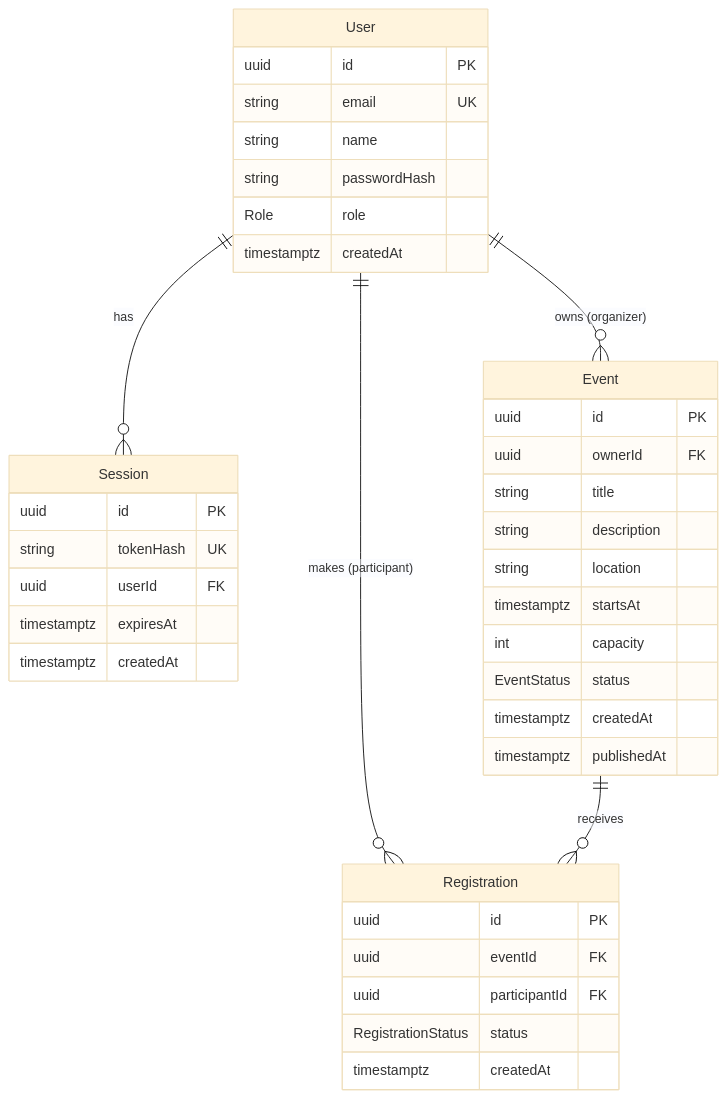
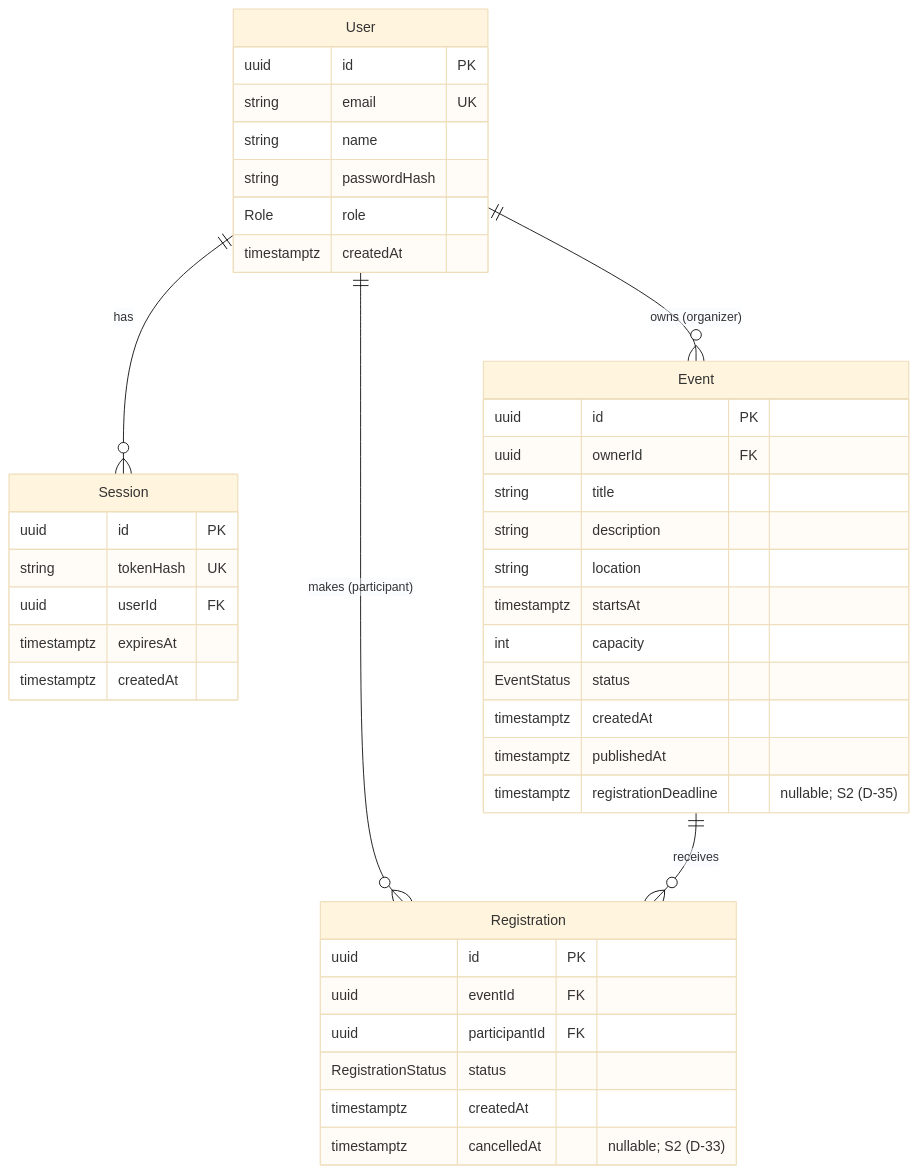
Before and after one commit to songt888/event-registration-system: the second of 3 diagrams in docs/system-sds.md, drawn with Mermaid (base theme). The commit also changed other lines of this file and 4 other files, not shown here.

````diff
--- a/docs/system-sds.md
+++ b/docs/system-sds.md
@@ -51,41 +51,43 @@
 ```mermaid
 erDiagram
   User ||--o{ Session : "has"
   User ||--o{ Event : "owns (organizer)"
   User ||--o{ Registration : "makes (participant)"
   Event ||--o{ Registration : "receives"
   User {
     uuid id PK
     string email UK
     string name
     string passwordHash
     Role role
     timestamptz createdAt
   }
   Session {
     uuid id PK
     string tokenHash UK
     uuid userId FK
     timestamptz expiresAt
     timestamptz createdAt
   }
   Event {
     uuid id PK
     uuid ownerId FK
     string title
     string description
     string location
     timestamptz startsAt
     int capacity
     EventStatus status
     timestamptz createdAt
     timestamptz publishedAt
+    timestamptz registrationDeadline "nullable; S2 (D-35)"
   }
   Registration {
     uuid id PK
     uuid eventId FK
     uuid participantId FK
     RegistrationStatus status
     timestamptz createdAt
+    timestamptz cancelledAt "nullable; S2 (D-33)"
   }
 ```
````
